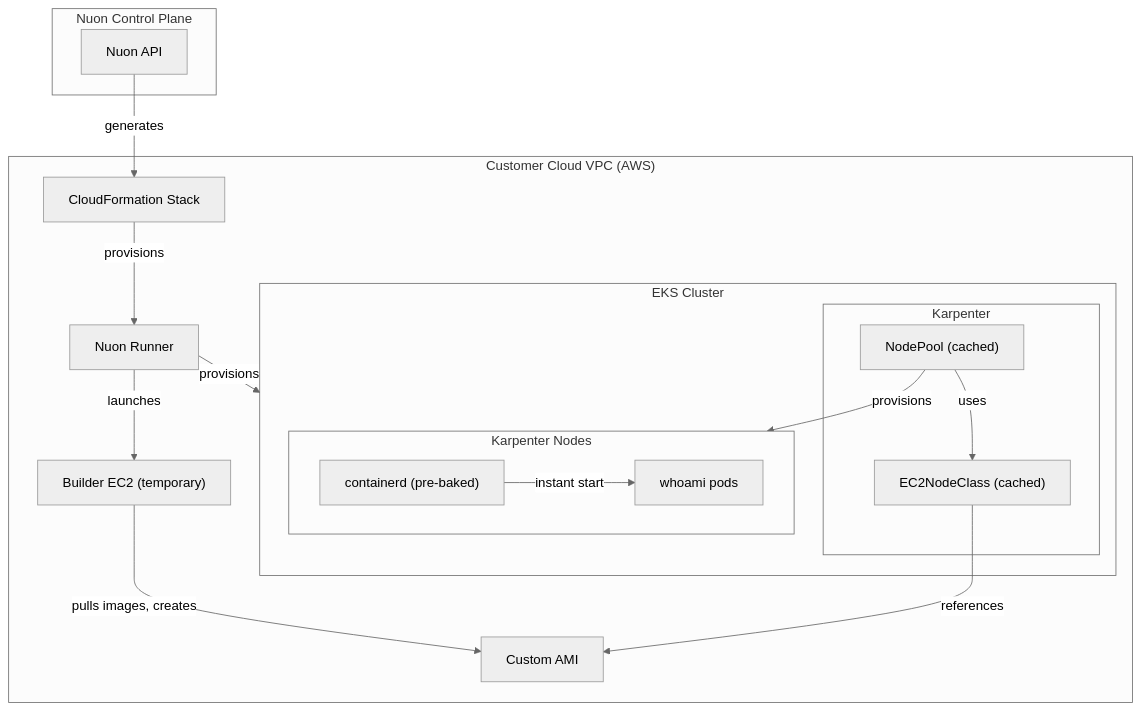
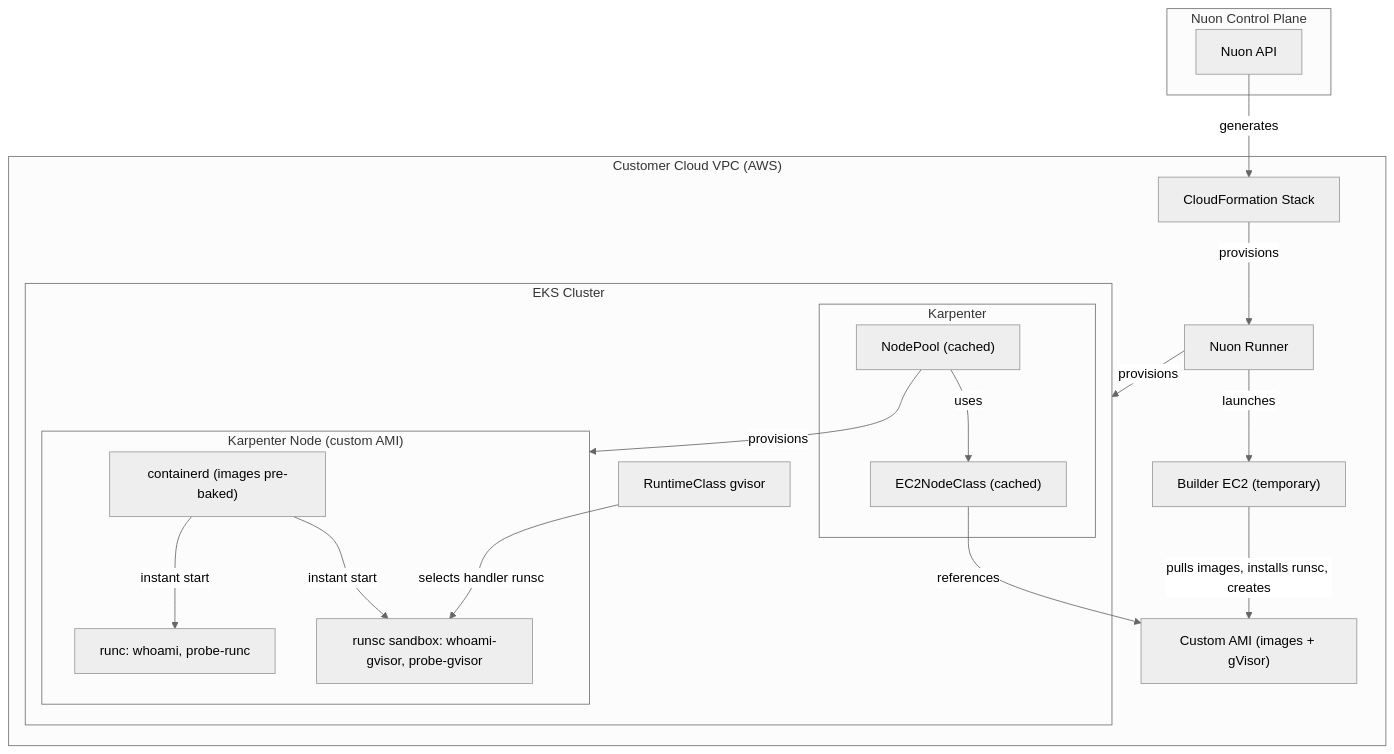
Before and after one commit to nuonco/example-app-configs: the diagram in eks-karpenter-image-cache/README.md, drawn with Mermaid (neutral theme). The commit also changed other lines of this file and 25 other files, not shown here.

Commit message:
feat: bake gVisor into node AMI

````diff
--- a/eks-karpenter-image-cache/README.md
+++ b/eks-karpenter-image-cache/README.md
@@ -26,39 +71,44 @@
 ```mermaid
 
   graph TD
 
       subgraph Nuon["Nuon Control Plane"]
           NuonAPI["Nuon API"]
       end
 
       subgraph VPC["Customer Cloud VPC (AWS)"]
           Runner["Nuon Runner"]
           Stack["CloudFormation Stack"]
 
           subgraph EKS["EKS Cluster"]
               subgraph Karpenter["Karpenter"]
                   EC2NodeClass["EC2NodeClass (cached)"]
                   NodePool["NodePool (cached)"]
               end
 
-              subgraph CachedNodes["Karpenter Nodes"]
-                  Containerd["containerd (pre-baked)"]
-                  Workload["whoami pods"]
+              RuntimeClass["RuntimeClass gvisor"]
+
+              subgraph CachedNodes["Karpenter Node (custom AMI)"]
+                  Containerd["containerd (images pre-baked)"]
+                  Runc["runc: whoami, probe-runc"]
+                  Runsc["runsc sandbox: whoami-gvisor, probe-gvisor"]
               end
           end
 
           Builder["Builder EC2 (temporary)"]
-          AMI["Custom AMI"]
+          AMI["Custom AMI (images + gVisor)"]
       end
 
       NuonAPI -->|generates| Stack
       Stack -->|provisions| Runner
       Runner -->|provisions| EKS
       Runner -->|launches| Builder
-      Builder -->|pulls images, creates| AMI
+      Builder -->|pulls images, installs runsc, creates| AMI
       EC2NodeClass -->|references| AMI
       NodePool -->|uses| EC2NodeClass
       NodePool -->|provisions| CachedNodes
-      Containerd -->|instant start| Workload
+      Containerd -->|instant start| Runc
+      Containerd -->|instant start| Runsc
+      RuntimeClass -->|selects handler runsc| Runsc
 
 ```
````
